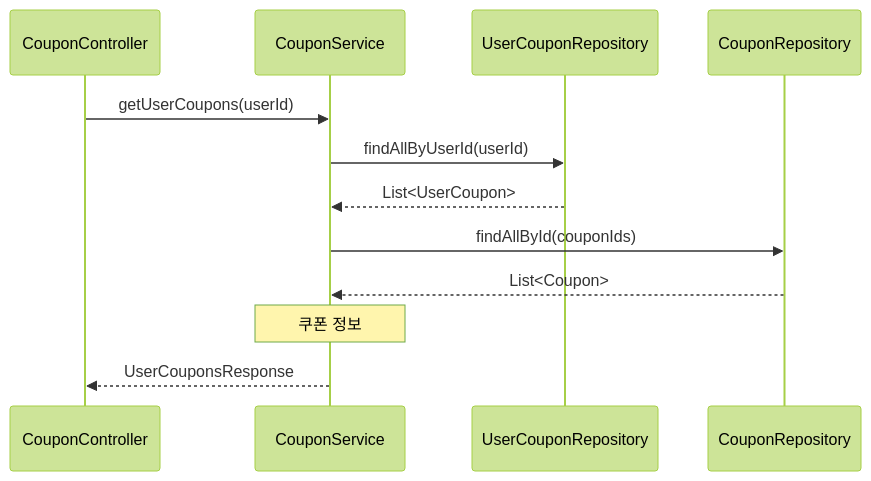
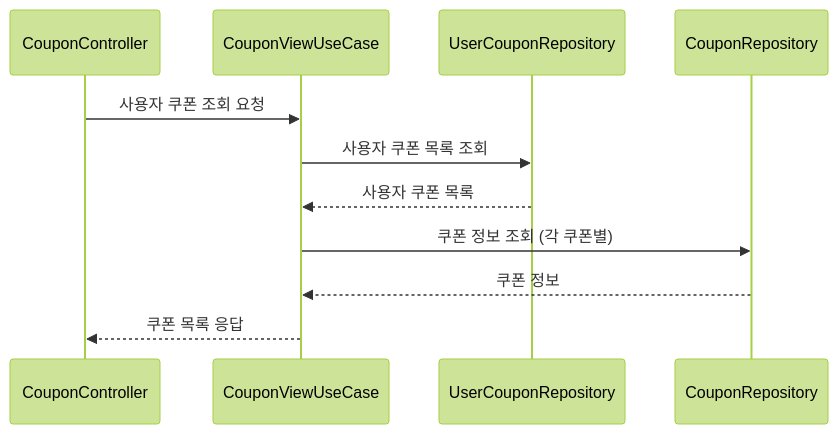
One commit to hwangdaesun/e-commerce changed the seventh of 9 diagrams in README.md. Above: the diagram before and after it, drawn with Mermaid (forest theme). The commit also changed other lines of this file, not shown here.

Commit message:
docs : 주문하기 시퀀스 다이어그램 수정

````diff
--- a/README.md
+++ b/README.md
@@ -168,16 +155,14 @@
 ```mermaid
 sequenceDiagram
-participant Controller as CouponController
-participant Service as CouponService
-participant UserCouponRepo as UserCouponRepository
-participant CouponRepo as CouponRepository
+      participant Controller as CouponController
+      participant UseCase as CouponViewUseCase
+      participant UserCouponRepo as UserCouponRepository
+      participant CouponRepo as CouponRepository
 
-  Controller->>Service: getUserCoupons(userId)
-  Service->>UserCouponRepo: findAllByUserId(userId)
-  UserCouponRepo-->>Service: List<UserCoupon>
-  Service->>CouponRepo: findAllById(couponIds)
-  CouponRepo-->>Service: List<Coupon>
-  Note over Service: 쿠폰 정보 
-  Service-->>Controller: UserCouponsResponse
-
+      Controller->>UseCase: 사용자 쿠폰 조회 요청
+      UseCase->>UserCouponRepo: 사용자 쿠폰 목록 조회
+      UserCouponRepo-->>UseCase: 사용자 쿠폰 목록
+      UseCase->>CouponRepo: 쿠폰 정보 조회 (각 쿠폰별)
+      CouponRepo-->>UseCase: 쿠폰 정보
+      UseCase-->>Controller: 쿠폰 목록 응답
 ```
````
